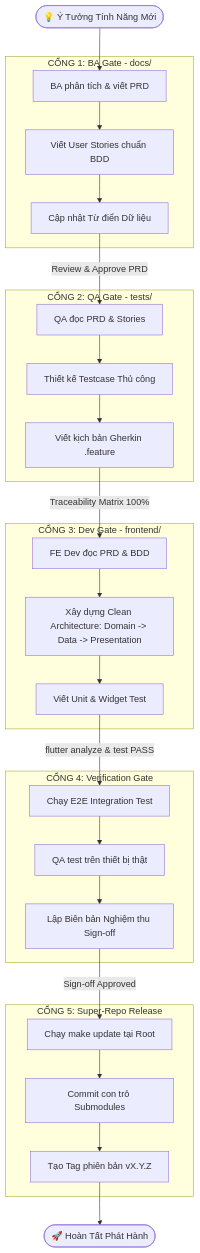
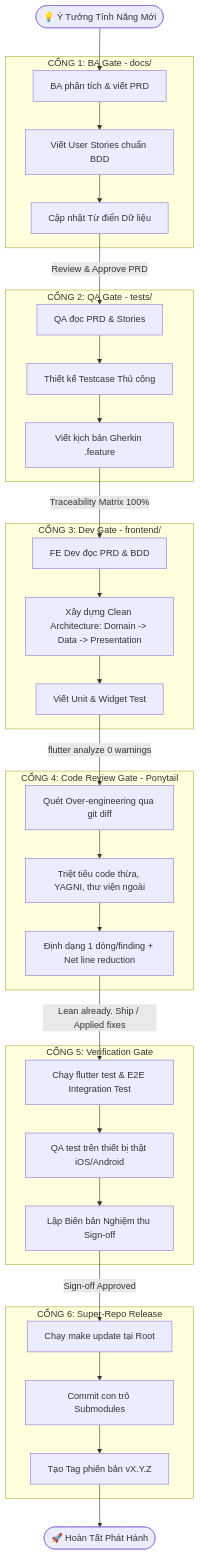
The diagram in docs/01-overview/feature-lifecycle-sop.md (TrangDuyNguyen/AstroBite), drawn with Mermaid before and after one commit. The commit also changed other lines of this file and 2 other files, not shown here.

Commit message:
feat: integrate code review gate (Ponytail) into standard lifecycle and AGENTS.md

````diff
--- a/docs/01-overview/feature-lifecycle-sop.md
+++ b/docs/01-overview/feature-lifecycle-sop.md
@@ -9,49 +9,58 @@
 ```mermaid
 flowchart TD
     Idea([💡 Ý Tưởng Tính Năng Mới]) --> Gate1
     
     subgraph Cổng 1: Phân Tích Nghiệp Vụ [CỔNG 1: BA Gate - docs/]
         Gate1[BA phân tích & viết PRD]
         US[Viết User Stories chuẩn BDD]
         Data[Cập nhật Từ điển Dữ liệu]
         Gate1 --> US --> Data
     end
     
     Data -->|Review & Approve PRD| Gate2
     
     subgraph Cổng 2: Thiết Kế Kiểm Thử [CỔNG 2: QA Gate - tests/]
         Gate2[QA đọc PRD & Stories]
         TC[Thiết kế Testcase Thủ công]
         BDD[Viết kịch bản Gherkin .feature]
         Gate2 --> TC --> BDD
     end
     
     BDD -->|Traceability Matrix 100%| Gate3
     
     subgraph Cổng 3: Phát Triển Mã Nguồn [CỔNG 3: Dev Gate - frontend/]
         Gate3[FE Dev đọc PRD & BDD]
         CleanArch[Xây dựng Clean Architecture: Domain -> Data -> Presentation]
         UnitTest[Viết Unit & Widget Test]
         Gate3 --> CleanArch --> UnitTest
     end
     
-    UnitTest -->|flutter analyze & test PASS| Gate4
+    UnitTest -->|flutter analyze 0 warnings| Gate4
     
-    subgraph Cổng 4: Kiểm Thử Tự Động & Nghiệm Thu [CỔNG 4: Verification Gate]
-        Gate4[Chạy E2E Integration Test]
-        ManualQA[QA test trên thiết bị thật]
-        SignOff[Lập Biên bản Nghiệm thu Sign-off]
-        Gate4 --> ManualQA --> SignOff
+    subgraph Cổng 4: Rà Soát Mã Nguồn Tối Giản [CỔNG 4: Code Review Gate - Ponytail]
+        Gate4[Quét Over-engineering qua git diff]
+        Audit[Triệt tiêu code thừa, YAGNI, thư viện ngoài]
+        Format[Định dạng 1 dòng/finding + Net line reduction]
+        Gate4 --> Audit --> Format
     end
     
-    SignOff -->|Sign-off Approved| Gate5
+    Format -->|Lean already. Ship / Applied fixes| Gate5
     
-    subgraph Cổng 5: Đóng Gói & Phát Hành [CỔNG 5: Super-Repo Release]
-        Gate5[Chạy make update tại Root]
+    subgraph Cổng 5: Kiểm Thử & Nghiệm Thu [CỔNG 5: Verification Gate]
+        Gate5[Chạy flutter test & E2E Integration Test]
+        ManualQA[QA test trên thiết bị thật iOS/Android]
+        SignOff[Lập Biên bản Nghiệm thu Sign-off]
+        Gate5 --> ManualQA --> SignOff
+    end
+    
+    SignOff -->|Sign-off Approved| Gate6
+    
+    subgraph Cổng 6: Đóng Gói & Phát Hành [CỔNG 6: Super-Repo Release]
+        Gate6[Chạy make update tại Root]
         CommitPin[Commit con trỏ Submodules]
         GitTag[Tạo Tag phiên bản vX.Y.Z]
-        Gate5 --> CommitPin --> GitTag
+        Gate6 --> CommitPin --> GitTag
     end
     
     GitTag --> Release([🚀 Hoàn Tất Phát Hành])
 ```
````
